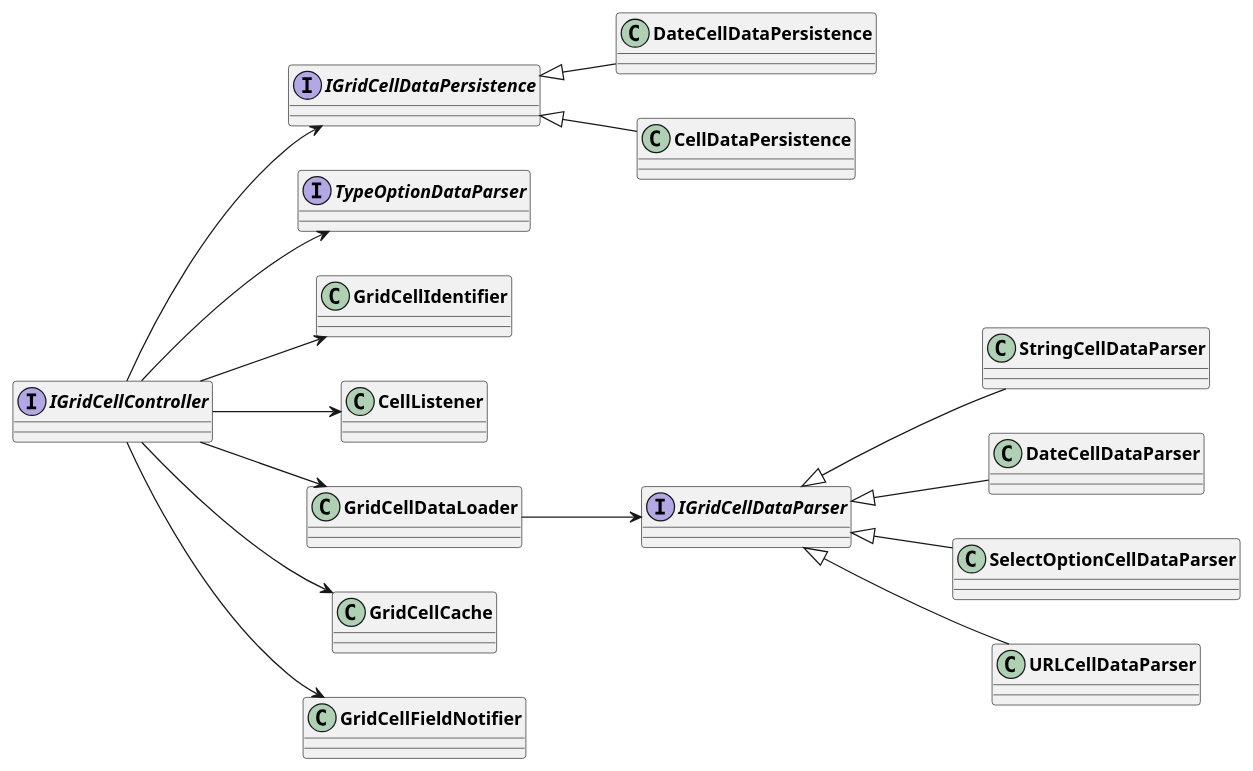
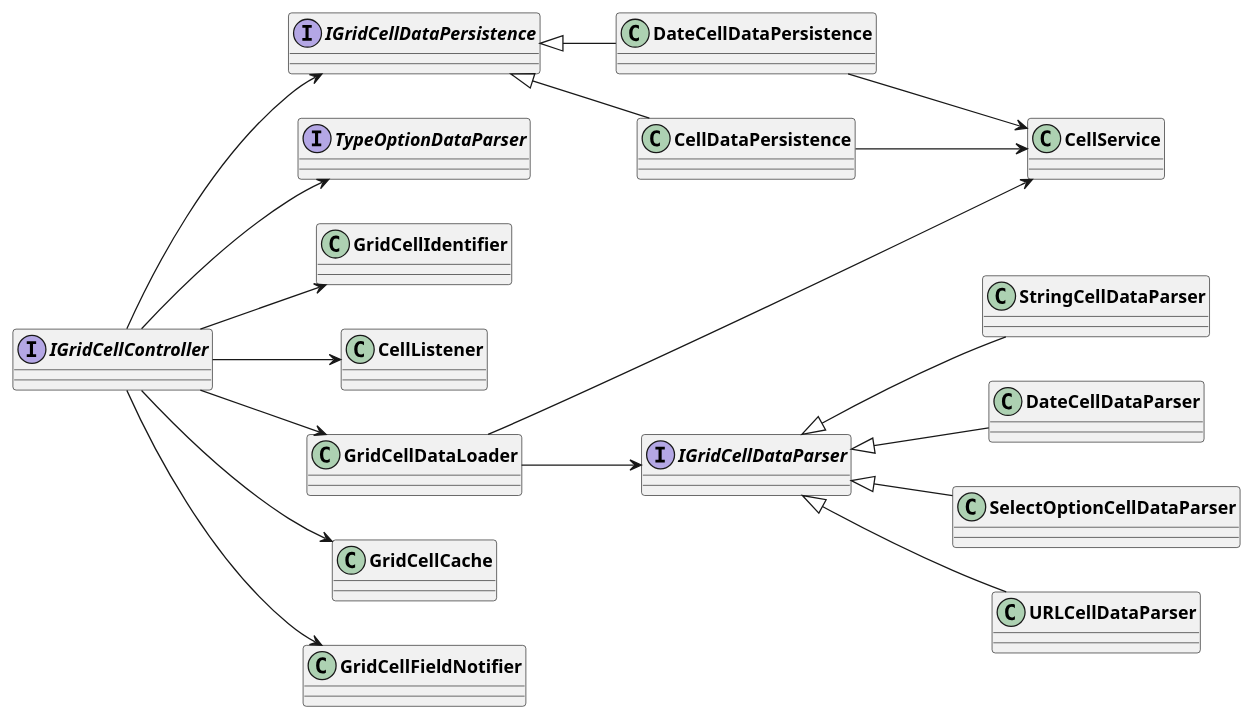
One commit to AppFlowy-IO/AppFlowy-Docs changed the third of 3 diagrams in uml/dart_classes/grid_cells.plantuml. Above: the diagram before and after it, drawn with PlantUML. The commit also changed 2 other files, not shown here.

```diff
--- a/uml/dart_classes/grid_cells.plantuml
+++ b/uml/dart_classes/grid_cells.plantuml
@@ -44,39 +44,42 @@
 @startuml Grid Cell Controller
 skinparam classFontStyle Bold
 skinparam ActivityBackgroundColor Silver
 skinparam ActivityBorderColor DimGray
 left to right direction
 
 interface IGridCellDataPersistence
 interface IGridCellController
 interface IGridCellDataParser
 interface TypeOptionDataParser
 
 IGridCellController --> GridCellIdentifier
 IGridCellController --> CellListener
 IGridCellController --> TypeOptionDataParser
 
 'Data loader
 IGridCellController --> GridCellDataLoader
 GridCellDataLoader --> IGridCellDataParser
+GridCellDataLoader --> CellService
 
 'Data parser
 StringCellDataParser -u-|> IGridCellDataParser
 DateCellDataParser -u-|> IGridCellDataParser
 SelectOptionCellDataParser -u-|> IGridCellDataParser
 URLCellDataParser -u-|> IGridCellDataParser
 
 'Cache
 IGridCellController --> GridCellCache
 
 
 'Persistence
 IGridCellController --> IGridCellDataPersistence
 DateCellDataPersistence -u-|> IGridCellDataPersistence
 CellDataPersistence -u-|> IGridCellDataPersistence
 
+DateCellDataPersistence --> CellService
+CellDataPersistence --> CellService
 
 'Field
 IGridCellController --> GridCellFieldNotifier
 
 @enduml
```
